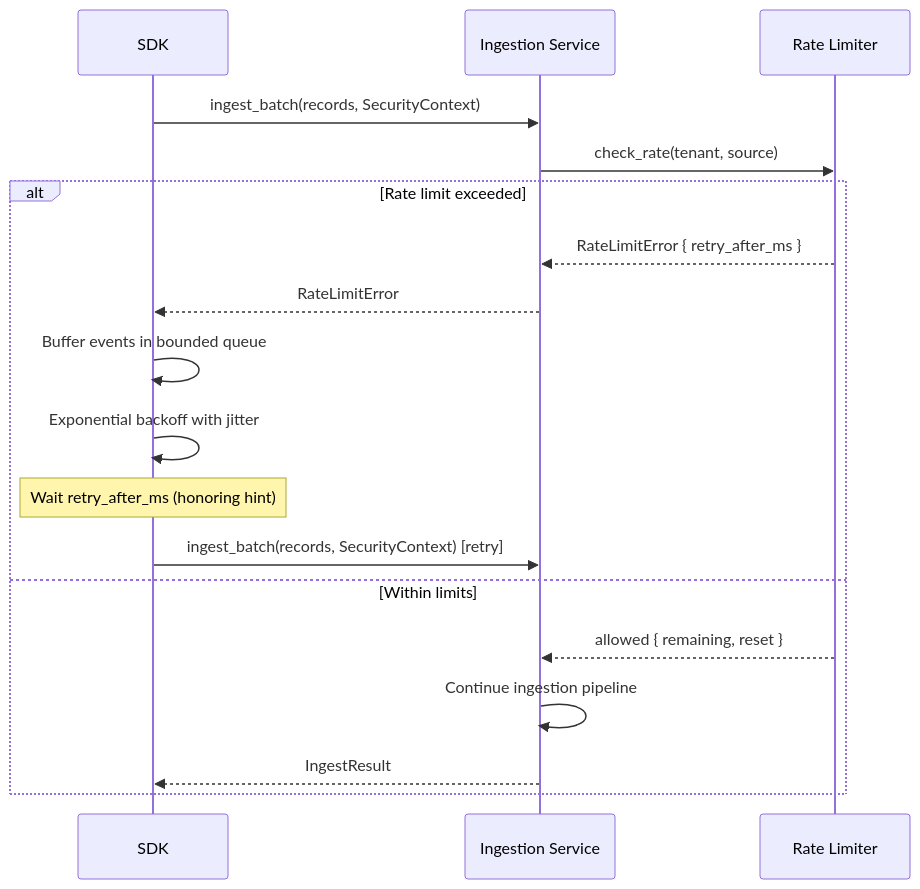
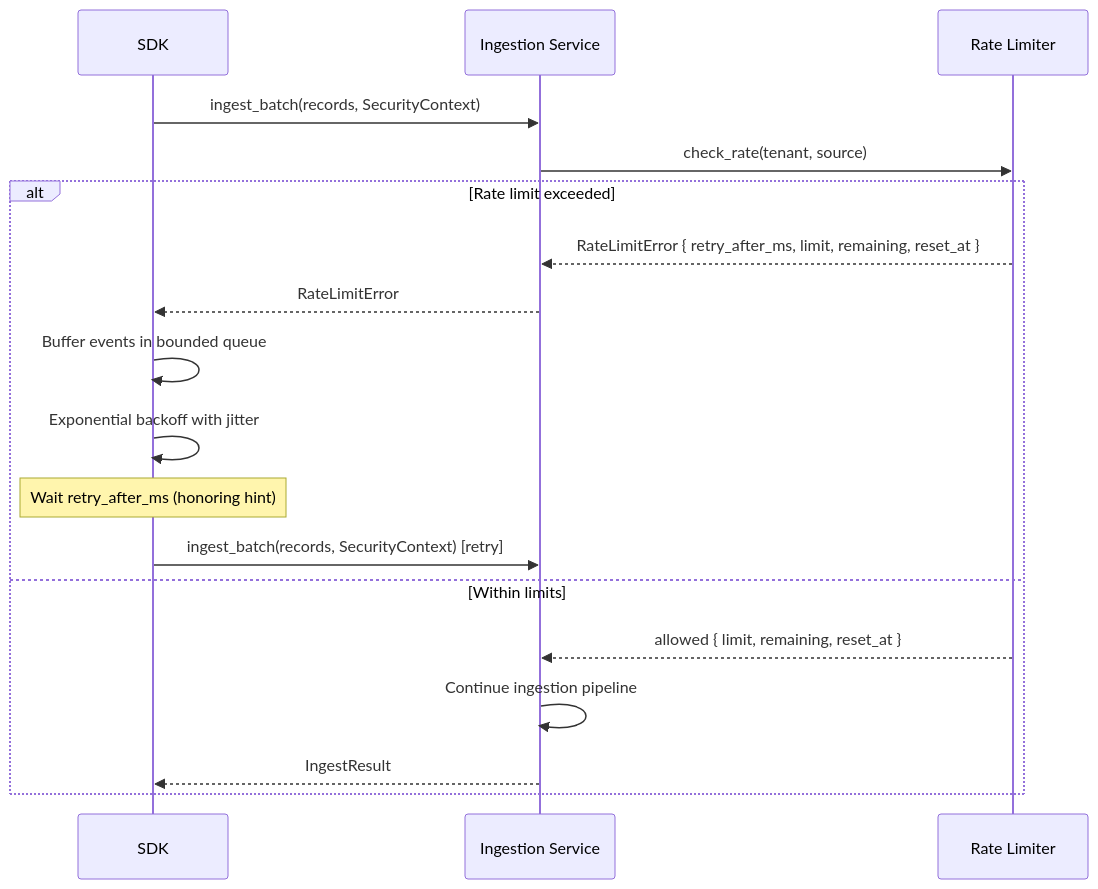
Before and after one commit to cyberfabric/cyberfabric-core: the seventh of 7 diagrams in modules/system/usage_collector/docs/DESIGN.md, drawn with Mermaid. The commit also changed other lines of this file, not shown here.

Commit message:
docs(usage_collector): DESIGN: add limit field to RateLimit structs

````diff
--- a/modules/system/usage_collector/docs/DESIGN.md
+++ b/modules/system/usage_collector/docs/DESIGN.md
@@ -895,22 +898,22 @@
 ```mermaid
 sequenceDiagram
     participant SDK as SDK
     participant IS as Ingestion Service
     participant RL as Rate Limiter
 
     SDK->>IS: ingest_batch(records, SecurityContext)
     IS->>RL: check_rate(tenant, source)
 
     alt Rate limit exceeded
-        RL-->>IS: RateLimitError { retry_after_ms }
+        RL-->>IS: RateLimitError { retry_after_ms, limit, remaining, reset_at }
         IS-->>SDK: RateLimitError
         SDK->>SDK: Buffer events in bounded queue
         SDK->>SDK: Exponential backoff with jitter
         Note over SDK: Wait retry_after_ms (honoring hint)
         SDK->>IS: ingest_batch(records, SecurityContext) [retry]
     else Within limits
-        RL-->>IS: allowed { remaining, reset }
+        RL-->>IS: allowed { limit, remaining, reset_at }
         IS->>IS: Continue ingestion pipeline
         IS-->>SDK: IngestResult
     end
 ```
````
